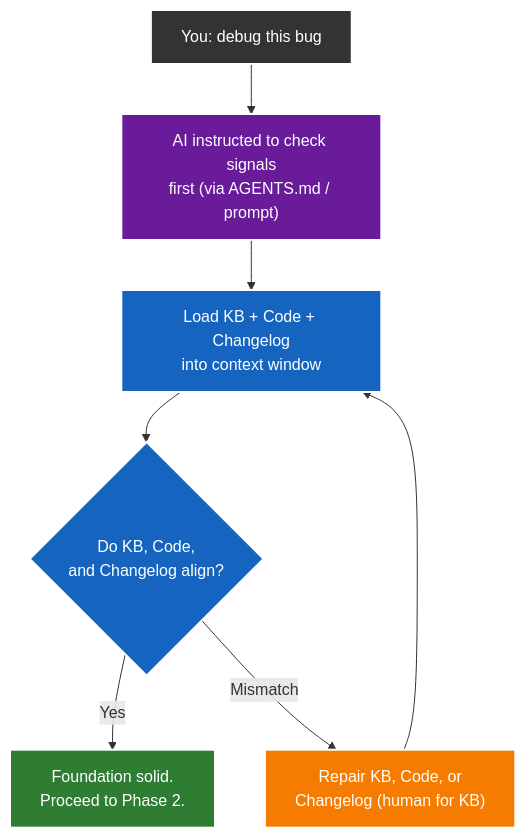
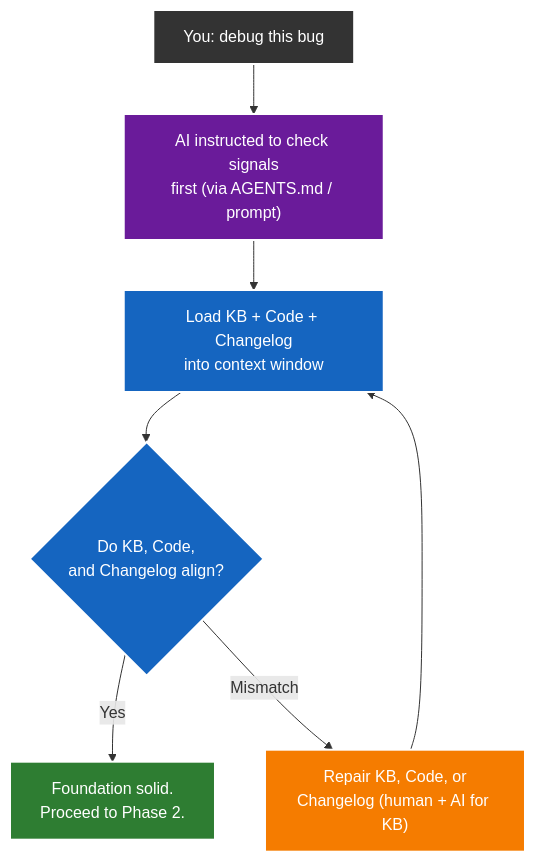
Before and after one commit to jacoby149/web10: the second of 5 diagrams in knowledge/knowledge-theories/ai-use-theory/ai-use-theory.md, drawn with Mermaid. The commit also changed other lines of this file and 3 other files, not shown here.

Commit message:
docs: AI Use Theory — human-assisted KB repair + integration possibilities

````diff
--- a/knowledge/knowledge-theories/ai-use-theory/ai-use-theory.md
+++ b/knowledge/knowledge-theories/ai-use-theory/ai-use-theory.md
@@ -64,24 +64,24 @@
 ```mermaid
 flowchart TD
     START["You: debug this bug"] --> INSTRUCT["AI instructed to check signals\nfirst (via AGENTS.md / prompt)"]
     INSTRUCT --> LOAD["Load KB + Code + Changelog\ninto context window"]
     LOAD --> CHECK{"Do KB, Code,\nand Changelog align?"}
 
     CHECK -->|"Yes"| ORIENTED["Foundation solid.\nProceed to Phase 2."]
 
-    CHECK -->|"Mismatch"| REPAIR["Repair KB, Code, or\nChangelog (human for KB)"]
+    CHECK -->|"Mismatch"| REPAIR["Repair KB, Code, or\nChangelog (human + AI for KB)"]
     REPAIR --> LOAD
 
     classDef prompt fill:#333,color:#fff,stroke:#fff,stroke-width:2px
     classDef instruct fill:#6a1b9a,color:#fff,stroke:#fff,stroke-width:2px
     classDef orient fill:#1565c0,color:#fff,stroke:#fff,stroke-width:2px
     classDef action fill:#f57c00,color:#fff,stroke:#fff,stroke-width:2px
     classDef ok fill:#2e7d32,color:#fff,stroke:#fff,stroke-width:2px
 
     class START prompt
     class INSTRUCT instruct
     class LOAD orient
     class CHECK orient
     class REPAIR action
     class ORIENTED ok
 ```
````
